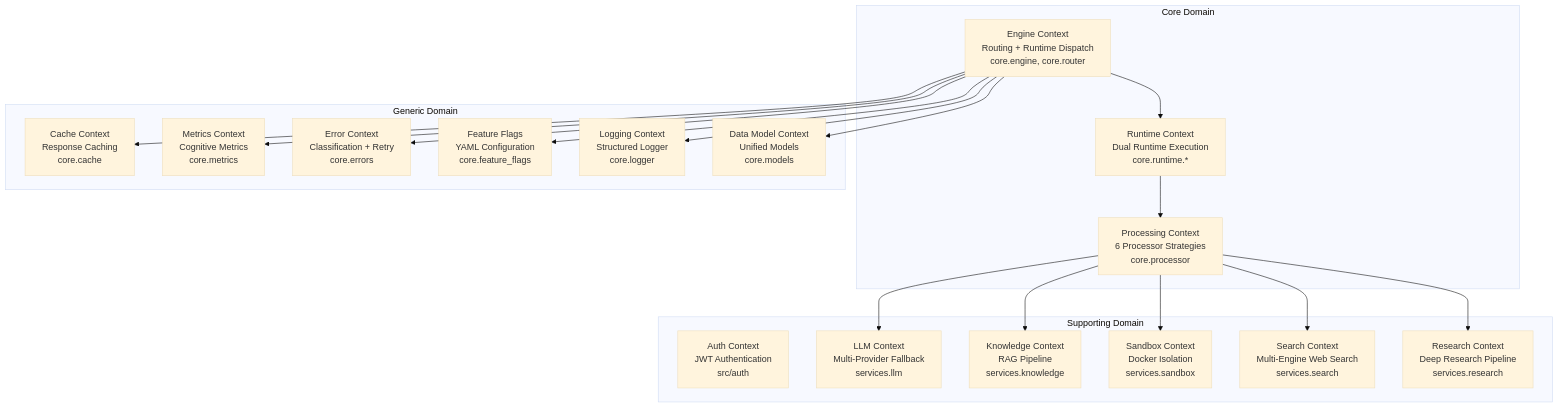
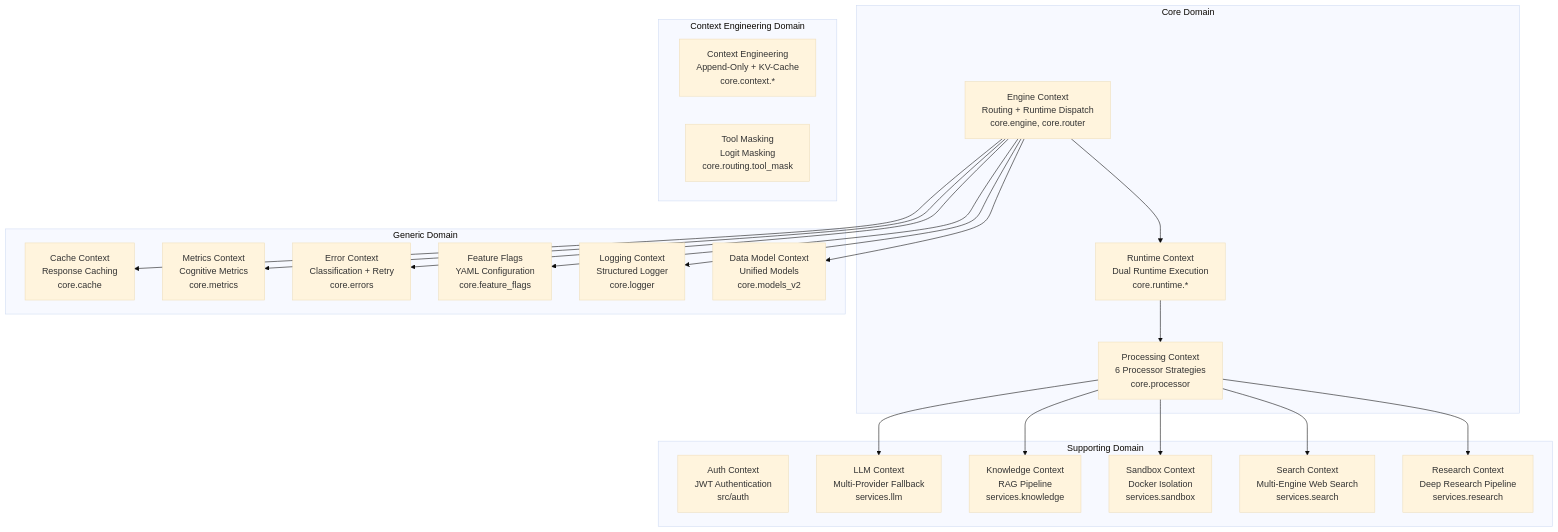
The fourth of 6 diagrams in Architecture_Refactoring_Toolkit/project_docs/06_architecture_and_design_document.md (Zenobia000/openagent_backend), drawn with Mermaid (base theme) before and after one commit. The commit also changed other lines of this file and 48 other files, not shown here.

First line of the commit message:
feat(v3.1): context engineering + docs alignment

````diff
--- a/Architecture_Refactoring_Toolkit/project_docs/06_architecture_and_design_document.md
+++ b/Architecture_Refactoring_Toolkit/project_docs/06_architecture_and_design_document.md
@@ -239,41 +276,46 @@
 ```mermaid
 graph TB
     subgraph "Core Domain"
         EngineCtx[Engine Context<br/>Routing + Runtime Dispatch<br/>core.engine, core.router]
         ProcessingCtx[Processing Context<br/>6 Processor Strategies<br/>core.processor]
         RuntimeCtx[Runtime Context<br/>Dual Runtime Execution<br/>core.runtime.*]
     end
 
     subgraph "Supporting Domain"
         AuthCtx[Auth Context<br/>JWT Authentication<br/>src/auth]
         LLMCtx[LLM Context<br/>Multi-Provider Fallback<br/>services.llm]
         KnowledgeCtx[Knowledge Context<br/>RAG Pipeline<br/>services.knowledge]
         SandboxCtx[Sandbox Context<br/>Docker Isolation<br/>services.sandbox]
         SearchCtx[Search Context<br/>Multi-Engine Web Search<br/>services.search]
         ResearchCtx[Research Context<br/>Deep Research Pipeline<br/>services.research]
     end
 
+    subgraph "Context Engineering Domain"
+        CECtx[Context Engineering<br/>Append-Only + KV-Cache<br/>core.context.*]
+        ToolMaskCtx[Tool Masking<br/>Logit Masking<br/>core.routing.tool_mask]
+    end
+
     subgraph "Generic Domain"
         CacheCtx[Cache Context<br/>Response Caching<br/>core.cache]
         MetricsCtx[Metrics Context<br/>Cognitive Metrics<br/>core.metrics]
         ErrorCtx[Error Context<br/>Classification + Retry<br/>core.errors]
         FlagsCtx[Feature Flags<br/>YAML Configuration<br/>core.feature_flags]
         LogCtx[Logging Context<br/>Structured Logger<br/>core.logger]
-        ModelCtx[Data Model Context<br/>Unified Models<br/>core.models]
+        ModelCtx[Data Model Context<br/>Unified Models<br/>core.models_v2]
     end
 
     EngineCtx --> RuntimeCtx
     RuntimeCtx --> ProcessingCtx
     ProcessingCtx --> LLMCtx
     ProcessingCtx --> KnowledgeCtx
     ProcessingCtx --> SandboxCtx
     ProcessingCtx --> SearchCtx
     ProcessingCtx --> ResearchCtx
 
     EngineCtx --> CacheCtx
     EngineCtx --> MetricsCtx
     EngineCtx --> ErrorCtx
     EngineCtx --> FlagsCtx
     EngineCtx --> LogCtx
     EngineCtx --> ModelCtx
 ```
````
